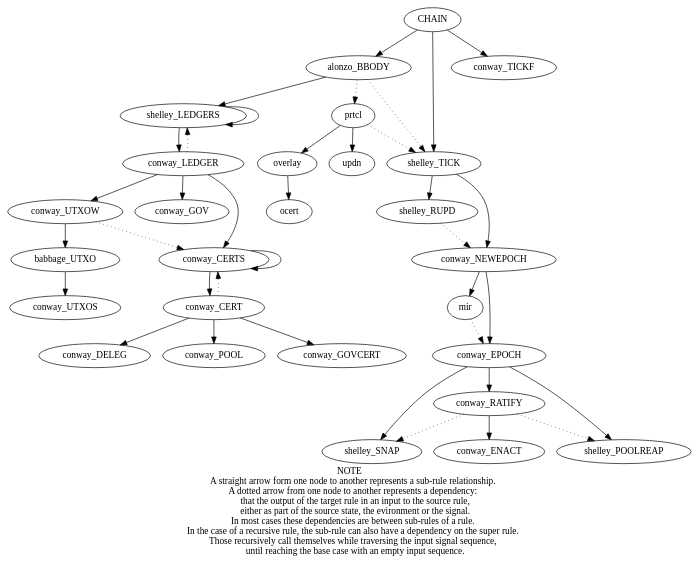
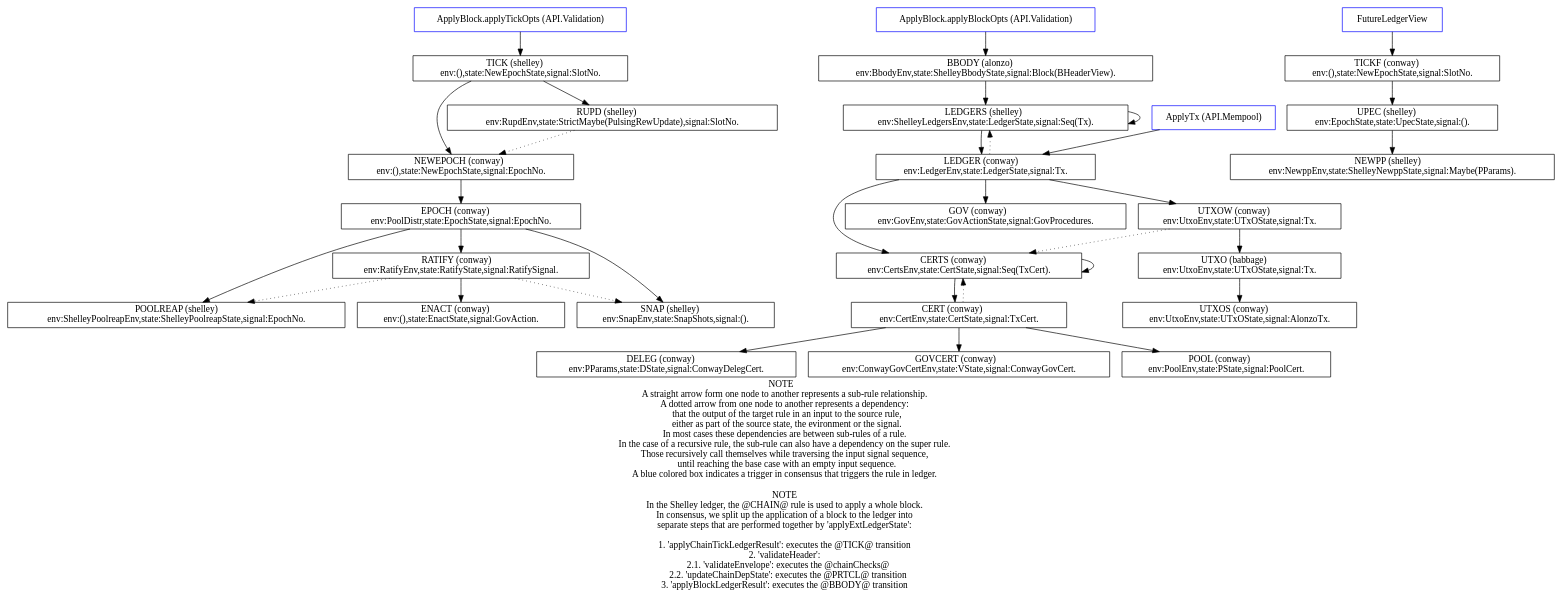
The diagram in docs/graphviz-diagrams/conway_transitions.gv (IntersectMBO/cardano-ledger), drawn with Graphviz before and after one commit. The commit also changed 1 other file, not shown here.

Commit message:
Update Conway transition diagram

```diff
--- a/docs/graphviz-diagrams/conway_transitions.gv
+++ b/docs/graphviz-diagrams/conway_transitions.gv
@@ -1,69 +1,105 @@
-# NOTE
-# smallcased names that are without underscores or era prefixes
-# are kept so as to indicate an uncertainty of their existence in conway
-# they should be either removed completely or assigned an era and a place in the transitions
-
 digraph conway_transitions {
     label="NOTE 
     A straight arrow form one node to another represents a sub-rule relationship.
     A dotted arrow from one node to another represents a dependency:
       that the output of the target rule in an input to the source rule,
       either as part of the source state, the evironment or the signal.
     In most cases these dependencies are between sub-rules of a rule.
     In the case of a recursive rule, the sub-rule can also have a dependency on the super rule.
     Those recursively call themselves while traversing the input signal sequence,
-      until reaching the base case with an empty input sequence.";
+      until reaching the base case with an empty input sequence.
+    A blue colored box indicates a trigger in consensus that triggers the rule in ledger.
 
-    CHAIN -> shelley_TICK;
-    CHAIN -> alonzo_BBODY;
-    CHAIN -> conway_TICKF;
+    NOTE
+    In the Shelley ledger, the @CHAIN@ rule is used to apply a whole block.
+    In consensus, we split up the application of a block to the ledger into 
+    separate steps that are performed together by 'applyExtLedgerState':
+    
+    1. 'applyChainTickLedgerResult': executes the @TICK@ transition
+    2. 'validateHeader':
+       2.1. 'validateEnvelope': executes the @chainChecks@
+       2.2. 'updateChainDepState': executes the @PRTCL@ transition
+    3. 'applyBlockLedgerResult': executes the @BBODY@ transition";
 
-    alonzo_BBODY -> shelley_LEDGERS;
-    alonzo_BBODY -> shelley_TICK[style=dotted];
-    alonzo_BBODY -> prtcl[style=dotted];
+    # Externals
+    
+    applyTickOpts  [shape=box, label="ApplyBlock.applyTickOpts (API.Validation)" , color=blue];
+    applyBlockOpts [shape=box, label="ApplyBlock.applyBlockOpts (API.Validation)", color=blue];
+    applyTx        [shape=box, label="ApplyTx (API.Mempool)"                     , color=blue];
+    futureLedger   [shape=box, label="FutureLedgerView"                          , color=blue];
 
-    prtcl -> shelley_TICK[style=dotted];
-    prtcl -> overlay;
-    prtcl -> updn;
+    # Internals
 
-    shelley_TICK -> shelley_RUPD;
-    shelley_TICK -> conway_NEWEPOCH;
+    BBODY    [shape=box, label="BBODY (alonzo)     \nenv:BbodyEnv,state:ShelleyBbodyState,signal:Block(BHeaderView)."];
+    UTXO     [shape=box, label="UTXO (babbage)     \nenv:UtxoEnv,state:UTxOState,signal:Tx."];
+    CERT     [shape=box, label="CERT (conway)      \nenv:CertEnv,state:CertState,signal:TxCert."];
+    CERTS    [shape=box, label="CERTS (conway)     \nenv:CertsEnv,state:CertState,signal:Seq(TxCert)."];
+    DELEG    [shape=box, label="DELEG (conway)     \nenv:PParams,state:DState,signal:ConwayDelegCert."];
+    ENACT    [shape=box, label="ENACT (conway)     \nenv:(),state:EnactState,signal:GovAction."];
+    EPOCH    [shape=box, label="EPOCH (conway)     \nenv:PoolDistr,state:EpochState,signal:EpochNo."];
+    GOV      [shape=box, label="GOV (conway)       \nenv:GovEnv,state:GovActionState,signal:GovProcedures."];
+    GOVCERT  [shape=box, label="GOVCERT (conway)   \nenv:ConwayGovCertEnv,state:VState,signal:ConwayGovCert."];
+    LEDGER   [shape=box, label="LEDGER (conway)    \nenv:LedgerEnv,state:LedgerState,signal:Tx."];
+    NEWEPOCH [shape=box, label="NEWEPOCH (conway)  \nenv:(),state:NewEpochState,signal:EpochNo."];
+    POOL     [shape=box, label="POOL (conway)      \nenv:PoolEnv,state:PState,signal:PoolCert."];
+    RATIFY   [shape=box, label="RATIFY (conway)    \nenv:RatifyEnv,state:RatifyState,signal:RatifySignal."];
+    TICKF    [shape=box, label="TICKF (conway)     \nenv:(),state:NewEpochState,signal:SlotNo."];
+    UTXOS    [shape=box, label="UTXOS (conway)     \nenv:UtxoEnv,state:UTxOState,signal:AlonzoTx."];
+    UTXOW    [shape=box, label="UTXOW (conway)     \nenv:UtxoEnv,state:UTxOState,signal:Tx."];
+    LEDGERS  [shape=box, label="LEDGERS (shelley)  \nenv:ShelleyLedgersEnv,state:LedgerState,signal:Seq(Tx)."];
+    POOLREAP [shape=box, label="POOLREAP (shelley) \nenv:ShelleyPoolreapEnv,state:ShelleyPoolreapState,signal:EpochNo."];
+    RUPD     [shape=box, label="RUPD (shelley)     \nenv:RupdEnv,state:StrictMaybe(PulsingRewUpdate),signal:SlotNo."];
+    SNAP     [shape=box, label="SNAP (shelley)     \nenv:SnapEnv,state:SnapShots,signal:()."];
+    TICK     [shape=box, label="TICK (shelley)     \nenv:(),state:NewEpochState,signal:SlotNo."];
+    UPEC     [shape=box, label="UPEC (shelley)     \nenv:EpochState,state:UpecState,signal:()."];
+    NEWPP    [shape=box, label="NEWPP (shelley)    \nenv:NewppEnv,state:ShelleyNewppState,signal:Maybe(PParams)."];
 
-    overlay -> ocert;
+    # Graph
 
-    shelley_RUPD -> conway_NEWEPOCH[style=dotted];
+    applyTickOpts -> TICK;
+    applyBlockOpts -> BBODY;
+    applyTx -> LEDGER;
+    futureLedger -> TICKF;
 
-    conway_NEWEPOCH -> mir;
-    conway_NEWEPOCH -> conway_EPOCH;
+    TICKF -> UPEC;
 
-    mir -> conway_EPOCH[style=dotted];
+    UPEC -> NEWPP;
 
-    conway_EPOCH -> shelley_SNAP;
-    conway_EPOCH -> conway_RATIFY;
-    conway_EPOCH -> shelley_POOLREAP;
+    BBODY -> LEDGERS;
 
-    conway_RATIFY -> shelley_SNAP[style=dotted];
-    conway_RATIFY -> shelley_POOLREAP[style=dotted];
-    conway_RATIFY -> conway_ENACT;
+    TICK -> RUPD;
+    TICK -> NEWEPOCH;
 
-    shelley_LEDGERS -> shelley_LEDGERS;
-    shelley_LEDGERS -> conway_LEDGER;
+    RUPD -> NEWEPOCH[style=dotted];
 
-    conway_LEDGER -> shelley_LEDGERS[style=dotted];
-    conway_LEDGER -> conway_UTXOW;
-    conway_LEDGER -> conway_CERTS;
-    conway_LEDGER -> conway_GOV;
+    NEWEPOCH -> EPOCH;
 
-    conway_UTXOW -> babbage_UTXO;
-    conway_UTXOW -> conway_CERTS[style=dotted];
+    EPOCH -> SNAP;
+    EPOCH -> RATIFY;
+    EPOCH -> POOLREAP;
 
-    babbage_UTXO -> conway_UTXOS;
+    RATIFY -> SNAP[style=dotted];
+    RATIFY -> POOLREAP[style=dotted];
+    RATIFY -> ENACT;
 
-    conway_CERTS -> conway_CERTS;
-    conway_CERTS -> conway_CERT;
+    LEDGERS -> LEDGERS;
+    LEDGERS -> LEDGER;
 
-    conway_CERT -> conway_CERTS[style=dotted];
-    conway_CERT -> conway_DELEG;
-    conway_CERT -> conway_POOL;
-    conway_CERT -> conway_GOVCERT;
+    LEDGER -> LEDGERS[style=dotted];
+    LEDGER -> UTXOW;
+    LEDGER -> CERTS;
+    LEDGER -> GOV;
+
+    UTXOW -> UTXO;
+    UTXOW -> CERTS[style=dotted];
+
+    UTXO -> UTXOS;
+
+    CERTS -> CERTS;
+    CERTS -> CERT;
+
+    CERT -> CERTS[style=dotted];
+    CERT -> DELEG;
+    CERT -> POOL;
+    CERT -> GOVCERT;
 }
```
